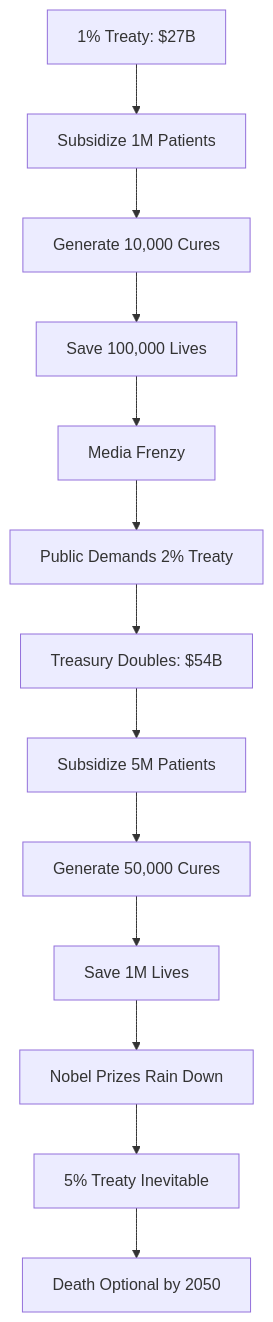
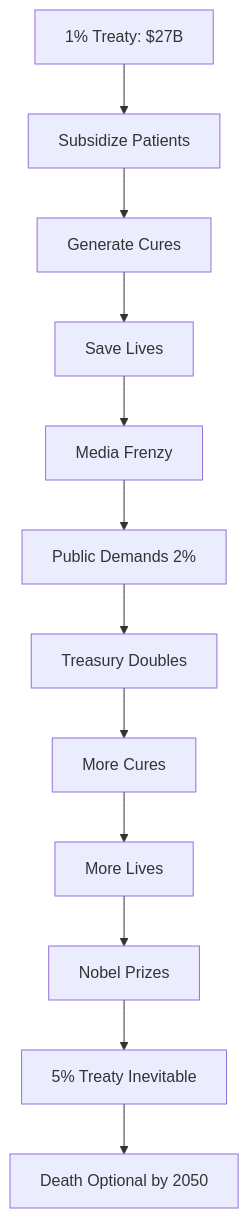
Before and after one commit to mikepsinn/disease-eradication-plan: the diagram in brain/book/economics/financial-plan.qmd, drawn with Mermaid. The commit also changed other lines of this file and 5 other files, not shown here.

````diff
--- a/brain/book/economics/financial-plan.qmd
+++ b/brain/book/economics/financial-plan.qmd
@@ -326,15 +327,14 @@
 ```mermaid
 graph TD
-    A[1% Treaty: $27B] --> B[Subsidize 1M Patients]
-    B --> C[Generate 10,000 Cures]
-    C --> D[Save 100,000 Lives]
+    A[1% Treaty: $27B] --> B[Subsidize Patients]
+    B --> C[Generate Cures]
+    C --> D[Save Lives]
     D --> E[Media Frenzy]
-    E --> F[Public Demands 2% Treaty]
-    F --> G[Treasury Doubles: $54B]
-    G --> H[Subsidize 5M Patients]
-    H --> I[Generate 50,000 Cures]
-    I --> J[Save 1M Lives]
-    J --> K[Nobel Prizes Rain Down]
-    K --> L[5% Treaty Inevitable]
-    L --> M[Death Optional by 2050]
+    E --> F[Public Demands 2%]
+    F --> G[Treasury Doubles]
+    G --> H[More Cures]
+    H --> I[More Lives]
+    I --> J[Nobel Prizes]
+    J --> K[5% Treaty Inevitable]
+    K --> L[Death Optional by 2050]
 ```
````
